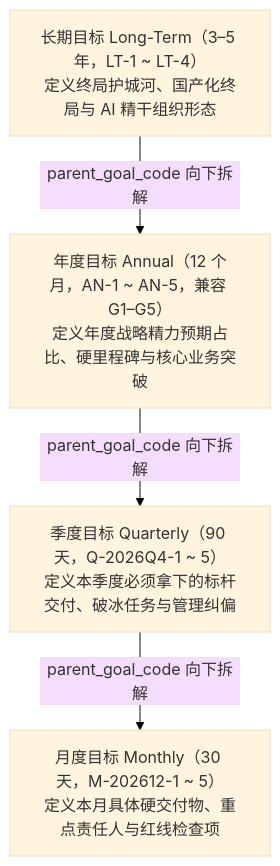
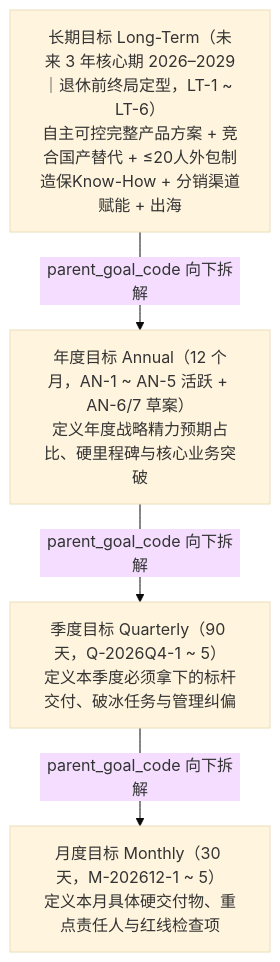
One commit to JohnWissentek/agentic_learning changed the diagram in wechat_AI_assistant/wecom_report_agentic_analysis/docs/05_FOUR_TIER_GOALS_AND_ROLLING_HORIZON_DESIGN.md. Above: the diagram before and after it, drawn with Mermaid (base theme). The commit also changed other lines of this file and 4 other files, not shown here.

First line of the commit message:
feat(企微汇报分析): 定稿六大长期战略支柱并升级V2.3红队挑刺与预警架构图

````diff
--- a/wechat_AI_assistant/wecom_report_agentic_analysis/docs/05_FOUR_TIER_GOALS_AND_ROLLING_HORIZON_DESIGN.md
+++ b/wechat_AI_assistant/wecom_report_agentic_analysis/docs/05_FOUR_TIER_GOALS_AND_ROLLING_HORIZON_DESIGN.md
@@ -64,11 +64,11 @@
 ```mermaid
 flowchart TB
-    LT["长期目标 Long-Term（3–5 年，LT-1 ~ LT-4）\n定义终局护城河、国产化终局与 AI 精干组织形态"]
-    AN["年度目标 Annual（12 个月，AN-1 ~ AN-5，兼容 G1–G5）\n定义年度战略精力预期占比、硬里程碑与核心业务突破"]
+    LT["长期目标 Long-Term（未来 3 年核心期 2026–2029｜退休前终局定型，LT-1 ~ LT-6）\n自主可控完整产品方案 + 竞合国产替代 + ≤20人外包制造保Know-How + 分销渠道赋能 + 出海"]
+    AN["年度目标 Annual（12 个月，AN-1 ~ AN-5 活跃 + AN-6/7 草案）\n定义年度战略精力预期占比、硬里程碑与核心业务突破"]
     QT["季度目标 Quarterly（90 天，Q-2026Q4-1 ~ 5）\n定义本季度必须拿下的标杆交付、破冰任务与管理纠偏"]
     MT["月度目标 Monthly（30 天，M-202612-1 ~ 5）\n定义本月具体硬交付物、重点责任人与红线检查项"]
 
     LT -->|"parent_goal_code 向下拆解"| AN
     AN -->|"parent_goal_code 向下拆解"| QT
     QT -->|"parent_goal_code 向下拆解"| MT
 ```
````
